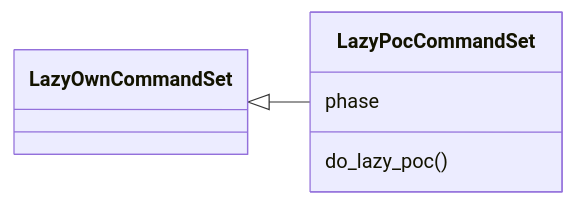
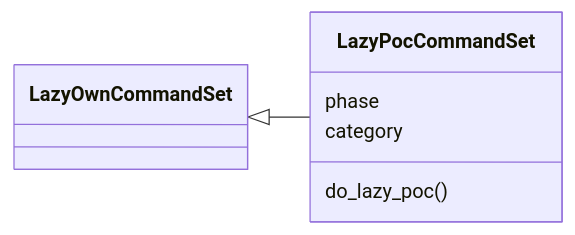
One commit to grisuno/LazyOwn changed the first of 2 diagrams in readmenator-apidocs/modules/cli.commands.lazy_poc.py.md. Above: the diagram before and after it, drawn with Mermaid. The commit also changed other lines of this file and 464 other files, not shown here.

````diff
--- a/readmenator-apidocs/modules/cli.commands.lazy_poc.py.md
+++ b/readmenator-apidocs/modules/cli.commands.lazy_poc.py.md
@@ -14,9 +14,10 @@
 ```mermaid
 classDiagram
     direction LR
     class LazyPocCommandSet
     LazyPocCommandSet : phase
+    LazyPocCommandSet : category
     LazyPocCommandSet : do_lazy_poc()
     class LazyOwnCommandSet
     LazyOwnCommandSet <|-- LazyPocCommandSet
 ```
````
